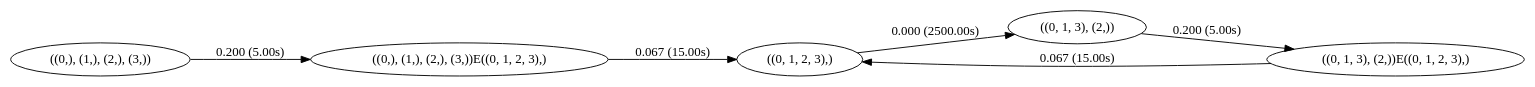
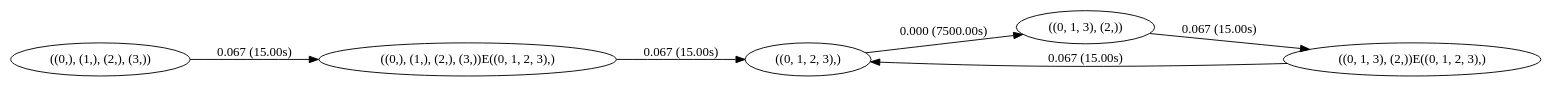
Before and after one commit to scj7t4/NetEmu: the diagram in result75.gv, drawn with Graphviz. The commit also changed 42 other files, not shown here.

```diff
--- a/result75.gv
+++ b/result75.gv
@@ -1,8 +1,8 @@
 digraph markov_chain { 
 rankdir=LR;
-"((0,), (1,), (2,), (3,))" -> "((0,), (1,), (2,), (3,))E((0, 1, 2, 3),)" [ label = "0.200 (5.00s)" ]; 
+"((0,), (1,), (2,), (3,))" -> "((0,), (1,), (2,), (3,))E((0, 1, 2, 3),)" [ label = "0.067 (15.00s)" ]; 
 "((0,), (1,), (2,), (3,))E((0, 1, 2, 3),)" -> "((0, 1, 2, 3),)" [label = "0.067 (15.00s)" ]; 
-"((0, 1, 2, 3),)" -> "((0, 1, 3), (2,))" [ label = "0.000 (2500.00s)" ]; 
-"((0, 1, 3), (2,))" -> "((0, 1, 3), (2,))E((0, 1, 2, 3),)" [ label = "0.200 (5.00s)" ]; 
+"((0, 1, 2, 3),)" -> "((0, 1, 3), (2,))" [ label = "0.000 (7500.00s)" ]; 
+"((0, 1, 3), (2,))" -> "((0, 1, 3), (2,))E((0, 1, 2, 3),)" [ label = "0.067 (15.00s)" ]; 
 "((0, 1, 3), (2,))E((0, 1, 2, 3),)" -> "((0, 1, 2, 3),)" [label = "0.067 (15.00s)" ]; 
 }
```
